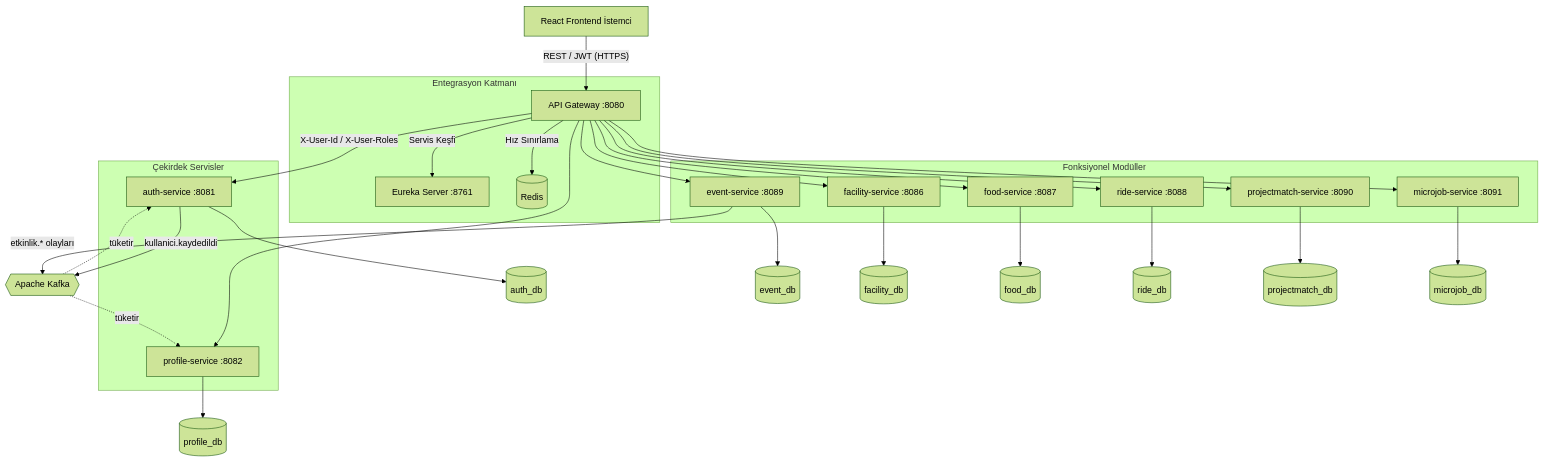
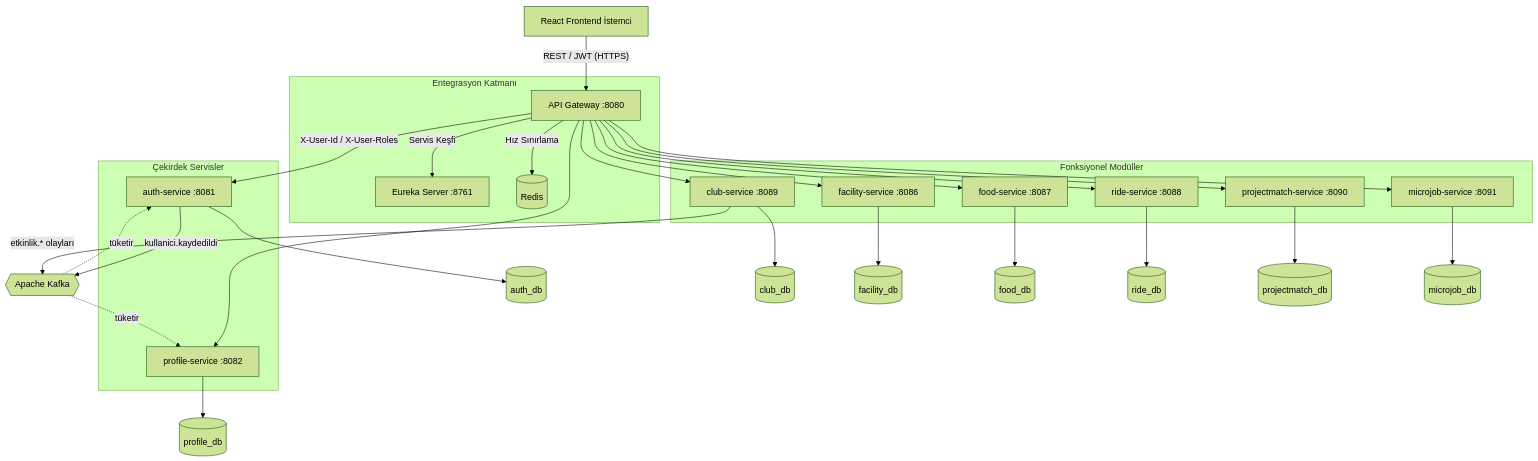
Before and after one commit to tolguner/IsikCampusOS: the first of 9 diagrams in docs/tez/bolum3_yontem.md, drawn with Mermaid (forest theme). The commit also changed other lines of this file and 163 other files, not shown here.

First line of the commit message:
event-service -> club-service tam yeniden adlandırma (kulüp-merkezli)

````diff
--- a/docs/tez/bolum3_yontem.md
+++ b/docs/tez/bolum3_yontem.md
@@ -68,37 +68,37 @@
 ```mermaid
 flowchart TD
     Client["React Frontend İstemci"] -->|"REST / JWT (HTTPS)"| Gateway["API Gateway :8080"]
 
     subgraph Kesif["Entegrasyon Katmanı"]
         Gateway -->|"Servis Keşfi"| Eureka["Eureka Server :8761"]
         Gateway -->|"Hız Sınırlama"| Redis[("Redis")]
     end
 
     subgraph Cekirdek["Çekirdek Servisler"]
         Gateway -->|"X-User-Id / X-User-Roles"| Auth["auth-service :8081"]
         Gateway --> Profile["profile-service :8082"]
     end
 
     subgraph Domain["Fonksiyonel Modüller"]
-        Gateway --> Event["event-service :8089"]
+        Gateway --> Event["club-service :8089"]
         Gateway --> Facility["facility-service :8086"]
         Gateway --> Food["food-service :8087"]
         Gateway --> Ride["ride-service :8088"]
         Gateway --> ProjMatch["projectmatch-service :8090"]
         Gateway --> MicroJob["microjob-service :8091"]
     end
 
     Auth -->|"kullanici.kaydedildi"| Kafka{{"Apache Kafka"}}
     Kafka -.->|"tüketir"| Profile
     Event -->|"etkinlik.* olayları"| Kafka
     Kafka -.->|"tüketir"| Auth
 
     Auth --> AuthDB[("auth_db")]
     Profile --> ProfDB[("profile_db")]
-    Event --> EventDB[("event_db")]
+    Event --> EventDB[("club_db")]
     Facility --> FacDB[("facility_db")]
     Food --> FoodDB[("food_db")]
     Ride --> RideDB[("ride_db")]
     ProjMatch --> PMDB[("projectmatch_db")]
     MicroJob --> MJDB[("microjob_db")]
 ```
````
